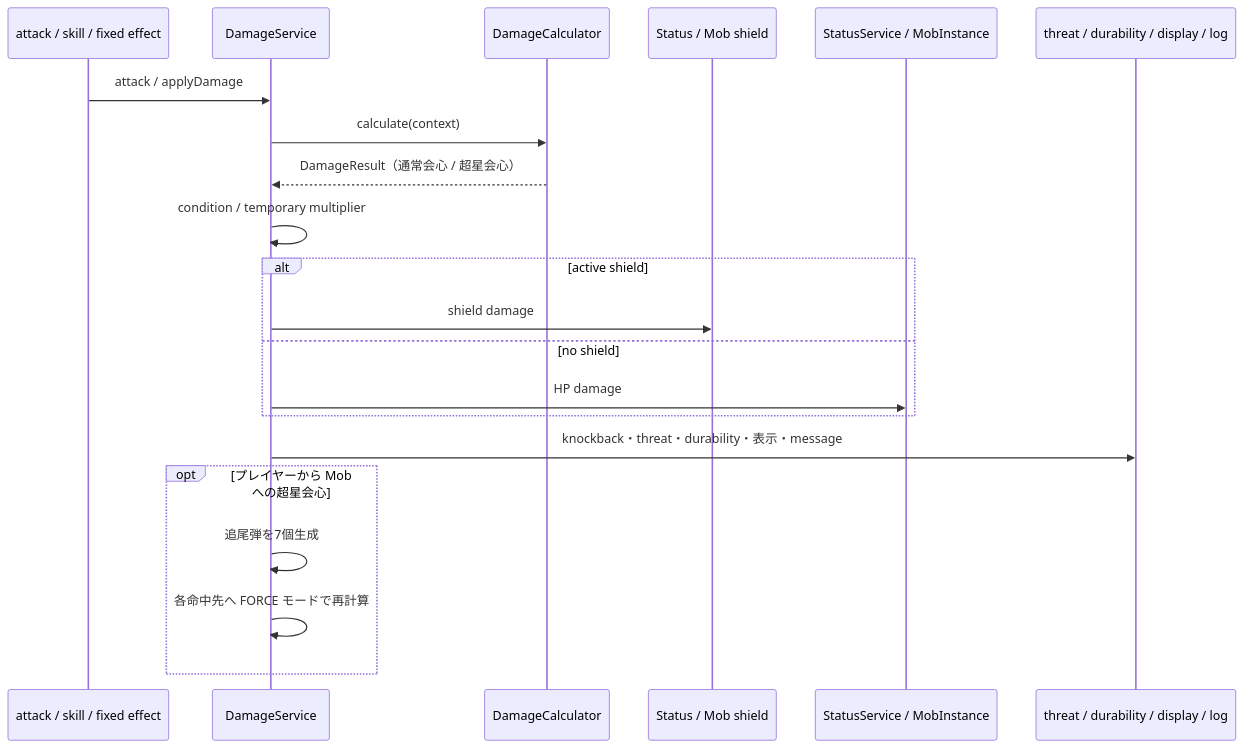
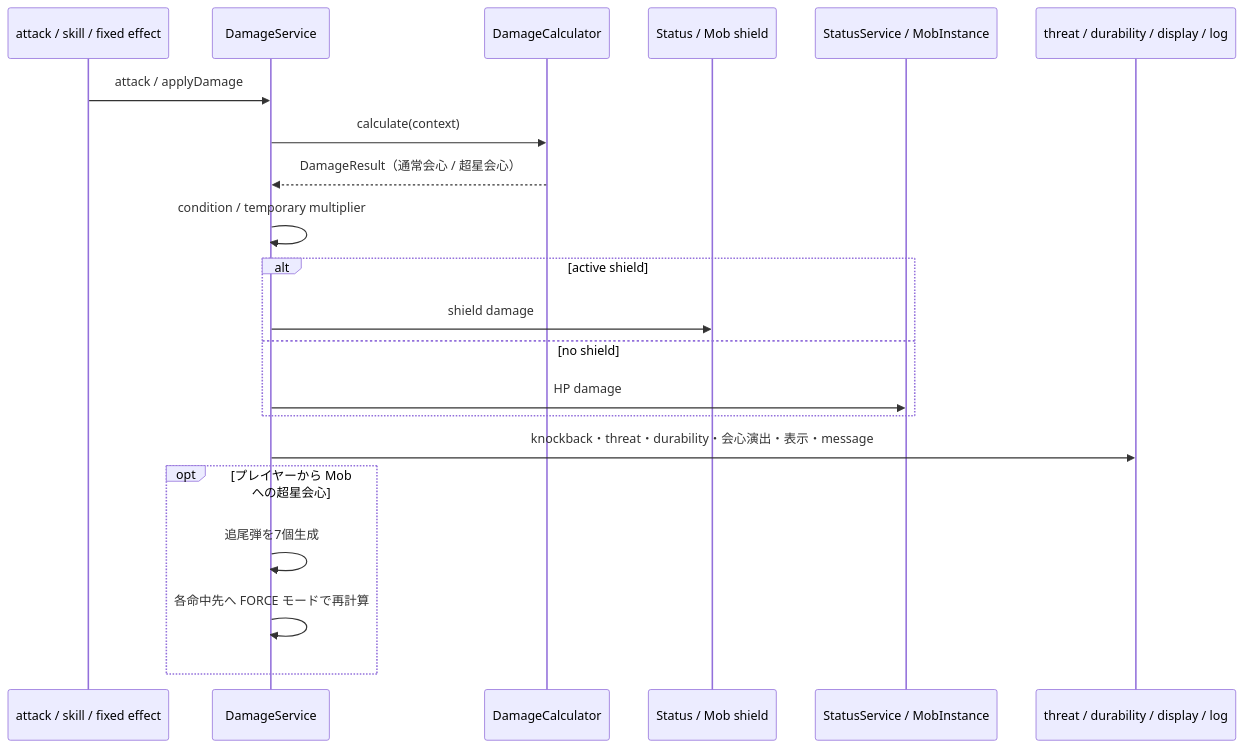
The second of 3 diagrams in 00_docs/10_Plugin設計書/feature/14-combat/14_4-統合フロー.md (maaasu/AstralRecord-Workspace), drawn with Mermaid before and after one commit. The commit also changed other lines of this file and 8 other files, not shown here.

````diff
--- a/00_docs/10_Plugin設計書/feature/14-combat/14_4-統合フロー.md
+++ b/00_docs/10_Plugin設計書/feature/14-combat/14_4-統合フロー.md
@@ -45,24 +45,24 @@
 ```mermaid
 sequenceDiagram
     participant Source as attack / skill / fixed effect
     participant Service as DamageService
     participant Calc as DamageCalculator
     participant Shield as Status / Mob shield
     participant HP as StatusService / MobInstance
     participant Side as threat / durability / display / log
 
     Source->>Service: attack / applyDamage
     Service->>Calc: calculate(context)
     Calc-->>Service: DamageResult（通常会心 / 超星会心）
     Service->>Service: condition / temporary multiplier
     alt active shield
         Service->>Shield: shield damage
     else no shield
         Service->>HP: HP damage
     end
-    Service->>Side: knockback・threat・durability・表示・message
+    Service->>Side: knockback・threat・durability・会心演出・表示・message
     opt プレイヤーから Mob への超星会心
         Service->>Service: 追尾弾を7個生成
         Service->>Service: 各命中先へ FORCE モードで再計算
     end
 ```
````
